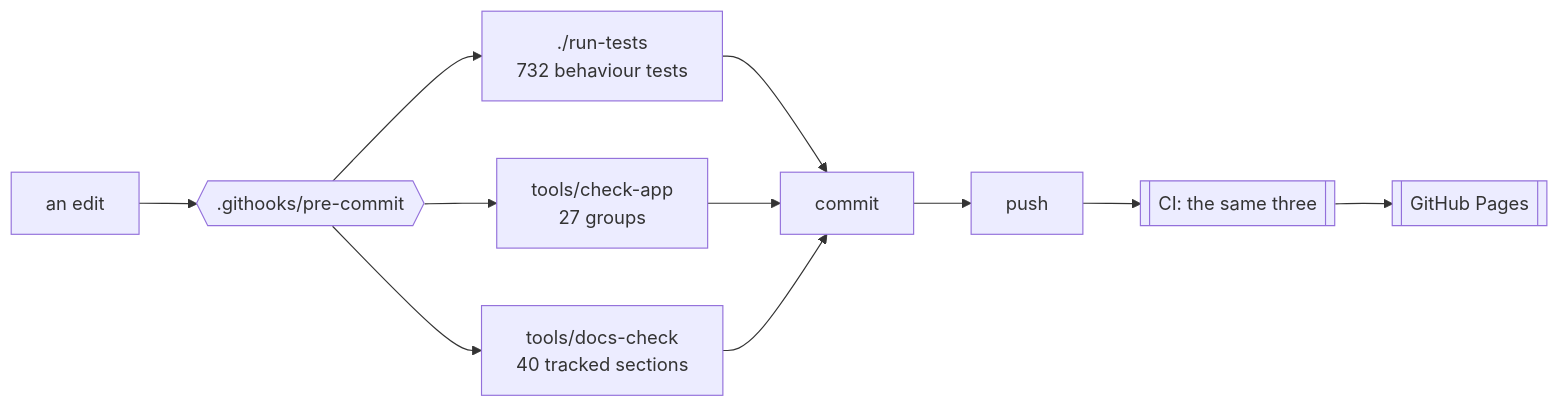
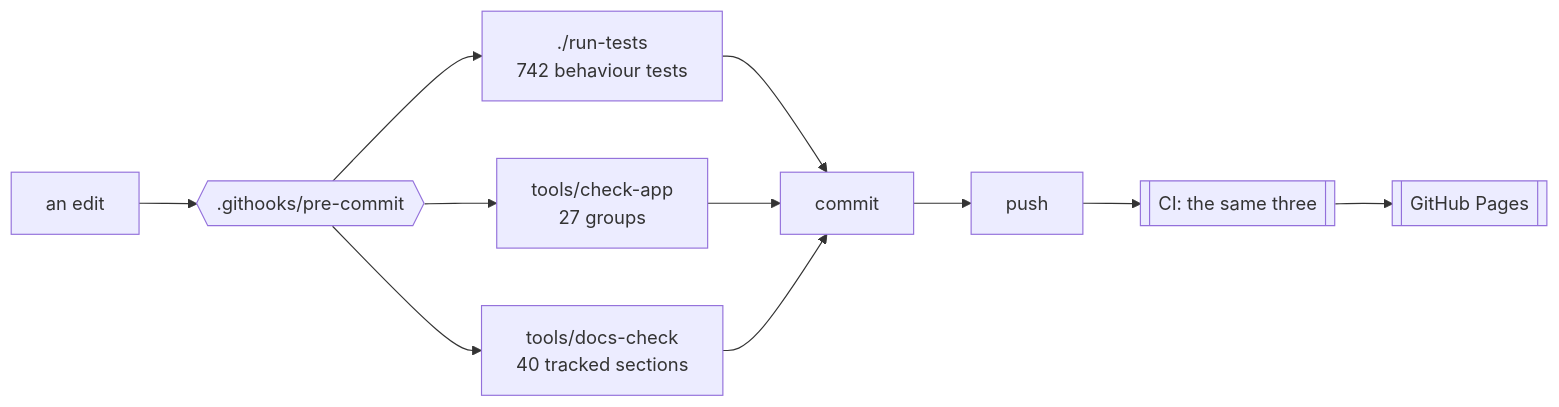
Before and after one commit to minormending/crystal-pilot-mobile: the first of 2 diagrams in docs/DEVELOPING.md, drawn with Mermaid. The commit also changed other lines of this file and 3 other files, not shown here.

````diff
--- a/docs/DEVELOPING.md
+++ b/docs/DEVELOPING.md
@@ -15,12 +15,12 @@
 ```mermaid
 flowchart LR
     E[an edit] --> H{{".githooks/pre-commit"}}
-    H --> T["./run-tests<br/>732 behaviour tests"]
+    H --> T["./run-tests<br/>742 behaviour tests"]
     H --> C["tools/check-app<br/>27 groups"]
     H --> D["tools/docs-check<br/>40 tracked sections"]
     T --> OK[commit]
     C --> OK
     D --> OK
     OK --> P[push] --> CI[["CI: the same three"]]
     CI --> PG[[GitHub Pages]]
 ```
````
